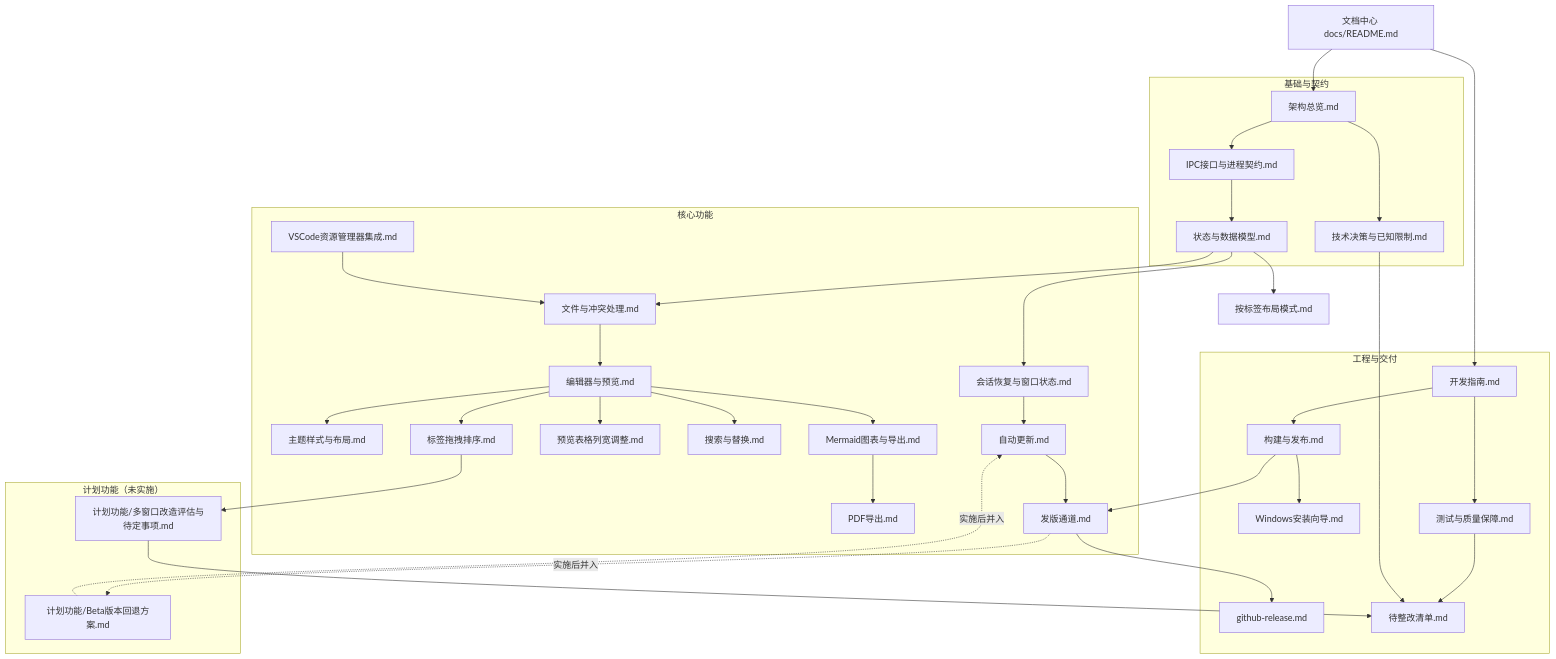
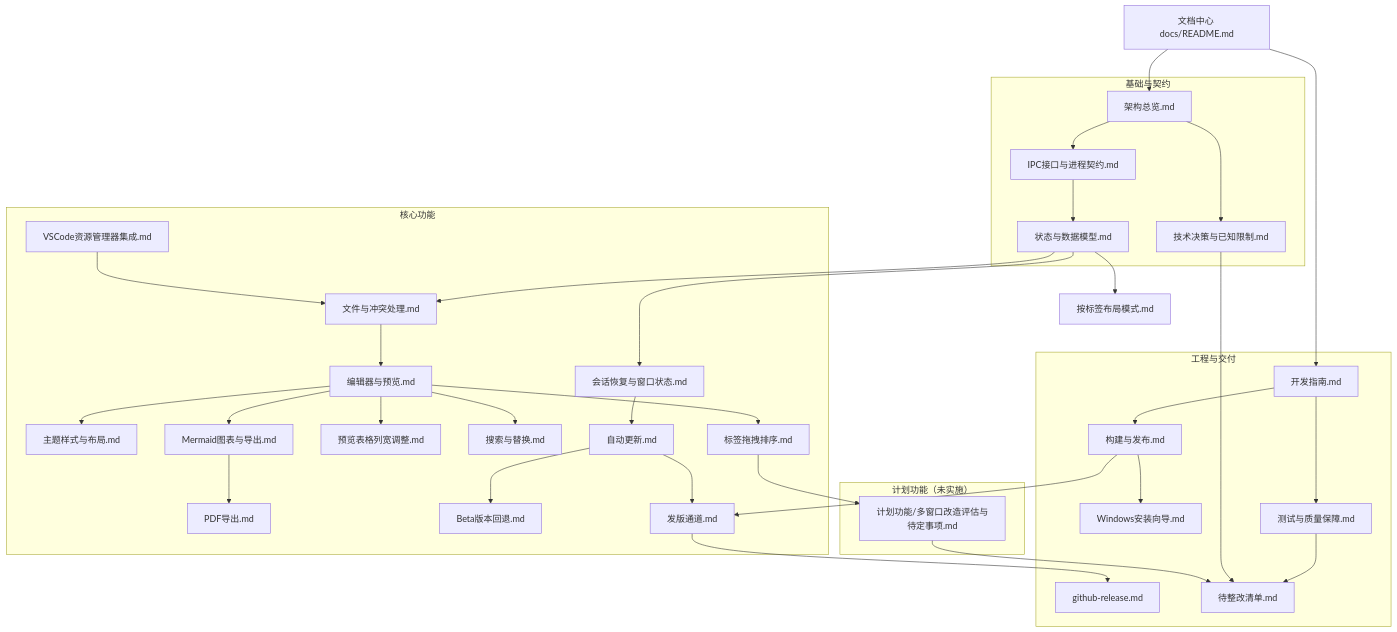
Before and after one commit to Harley-xk/mark-it: the diagram in docs/README.md, drawn with Mermaid. The commit also changed other lines of this file and 21 other files, not shown here.

````diff
--- a/docs/README.md
+++ b/docs/README.md
@@ -14,70 +14,69 @@
 ```mermaid
 flowchart TD
   IDX["文档中心 docs/README.md"]
 
   subgraph 基础与契约
     ARCH["架构总览.md"]
     DEC["技术决策与已知限制.md"]
     IPC["IPC接口与进程契约.md"]
     DATA["状态与数据模型.md"]
   end
 
   subgraph 核心功能
     FILE["文件与冲突处理.md"]
     SESSION["会话恢复与窗口状态.md"]
     EDIT["编辑器与预览.md"]
     THEME["主题样式与布局.md"]
     MERMAID["Mermaid图表与导出.md"]
     PDF["PDF导出.md"]
     TABLE["预览表格列宽调整.md"]
     SEARCH["搜索与替换.md"]
     TABORDER["标签拖拽排序.md"]
     UPDATE["自动更新.md"]
+    ROLLBACK["Beta版本回退.md"]
     CHANNEL["发版通道.md"]
     VSCODE["VSCode资源管理器集成.md"]
   end
 
   subgraph 工程与交付
     BUILD["构建与发布.md"]
     INSTALLER["Windows安装向导.md"]
     RELEASE["github-release.md"]
     DEV["开发指南.md"]
     QA["测试与质量保障.md"]
     TODO["待整改清单.md"]
   end
 
   subgraph PLANNED["计划功能（未实施）"]
     MULTI["计划功能/多窗口改造评估与待定事项.md"]
-    ROLLBACK["计划功能/Beta版本回退方案.md"]
   end
 
   IDX --> ARCH
   IDX --> DEV
   ARCH --> DEC
   ARCH --> IPC
   IPC --> DATA
   DATA --> FILE
   DATA --> SESSION
   DATA --> LAYOUT["按标签布局模式.md"]
   FILE --> EDIT
   EDIT --> THEME
   EDIT --> MERMAID
   EDIT --> TABLE
   EDIT --> SEARCH
   EDIT --> TABORDER
   MERMAID --> PDF
   SESSION --> UPDATE
+  UPDATE --> ROLLBACK
   UPDATE --> CHANNEL
   VSCODE --> FILE
   DEV --> QA
   DEV --> BUILD
   BUILD --> INSTALLER
   BUILD --> CHANNEL
   CHANNEL --> RELEASE
   QA --> TODO
   DEC --> TODO
   TABORDER --> MULTI
   MULTI --> TODO
-  CHANNEL -. "实施后并入" .-> ROLLBACK
-  ROLLBACK -. "实施后并入" .-> UPDATE
 ```
````
